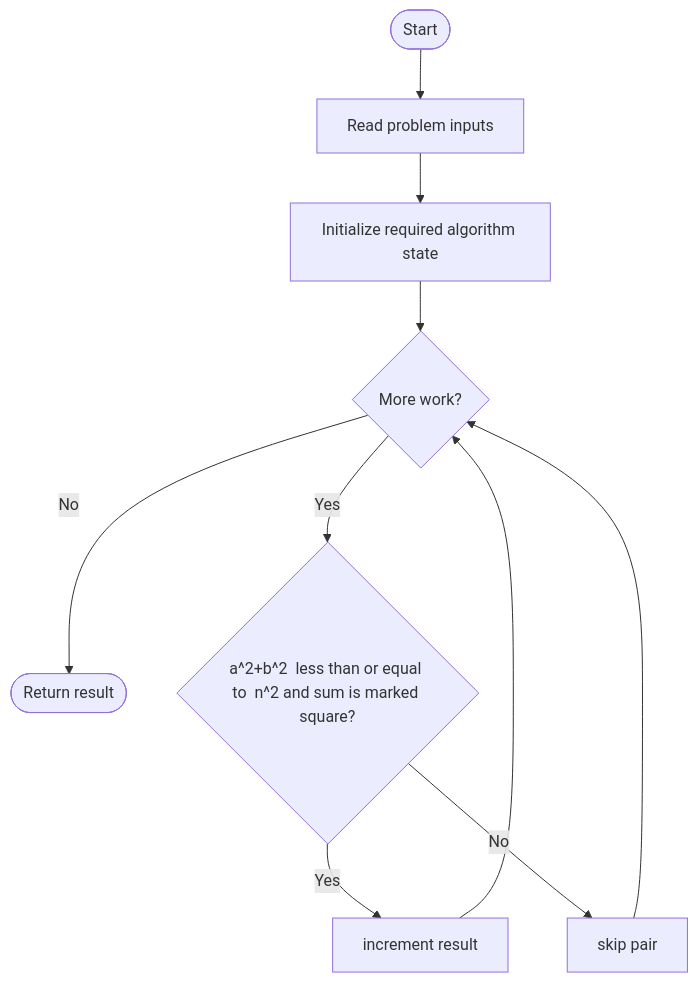
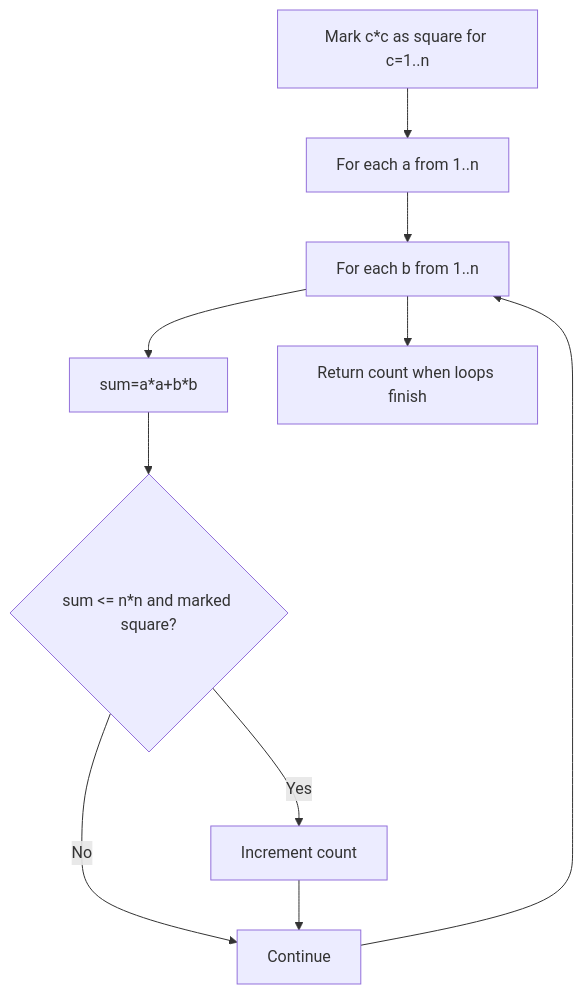
The diagram in LeetCode/1925/README.md (SAIDEEPBHANGE/C-CPP-Codes), drawn with Mermaid before and after one commit. The commit also changed other lines of this file and 196 other files, not shown here.

````diff
--- a/LeetCode/1925/README.md
+++ b/LeetCode/1925/README.md
@@ -13,12 +29,12 @@
 ```mermaid
 flowchart TD
-    A([Start]) --> B[Read problem inputs]
-    B --> C[Initialize required algorithm state]
-    C --> D{More work?}
-    D -- No --> Z([Return result])
-    D -- Yes --> E{a^2+b^2  less than or equal to  n^2 and sum is marked square?}
-    E -- Yes --> F[increment result]
-    E -- No --> G[skip pair]
-    F --> D
-    G --> D
+    A[Mark c*c as square for c=1..n] --> B[For each a from 1..n]
+    B --> C[For each b from 1..n]
+    C --> D[sum=a*a+b*b]
+    D --> E{sum <= n*n and marked square?}
+    E -- Yes --> F[Increment count]
+    E -- No --> G[Continue]
+    F --> G
+    G --> C
+    C --> H[Return count when loops finish]
 ```
````
